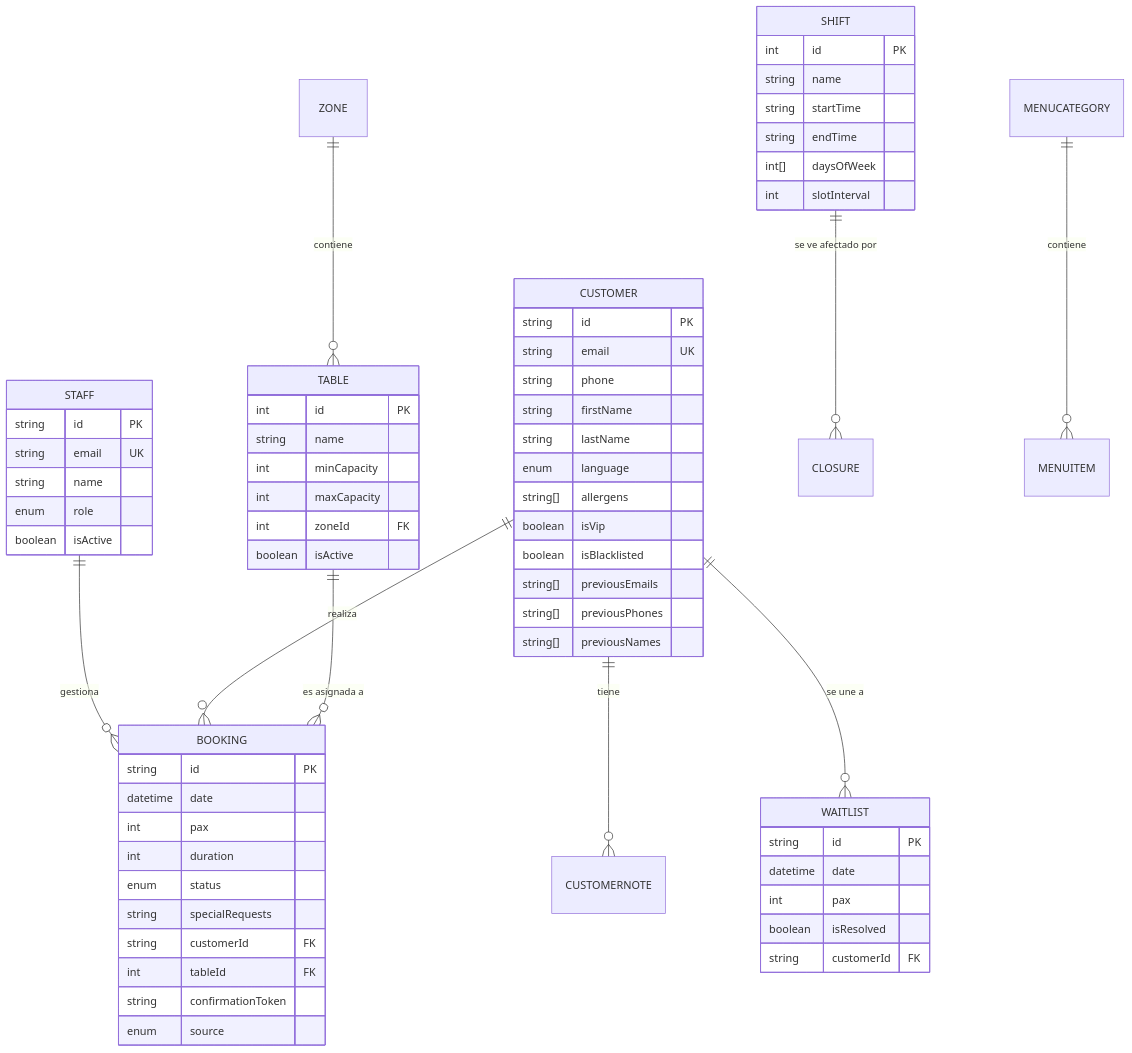
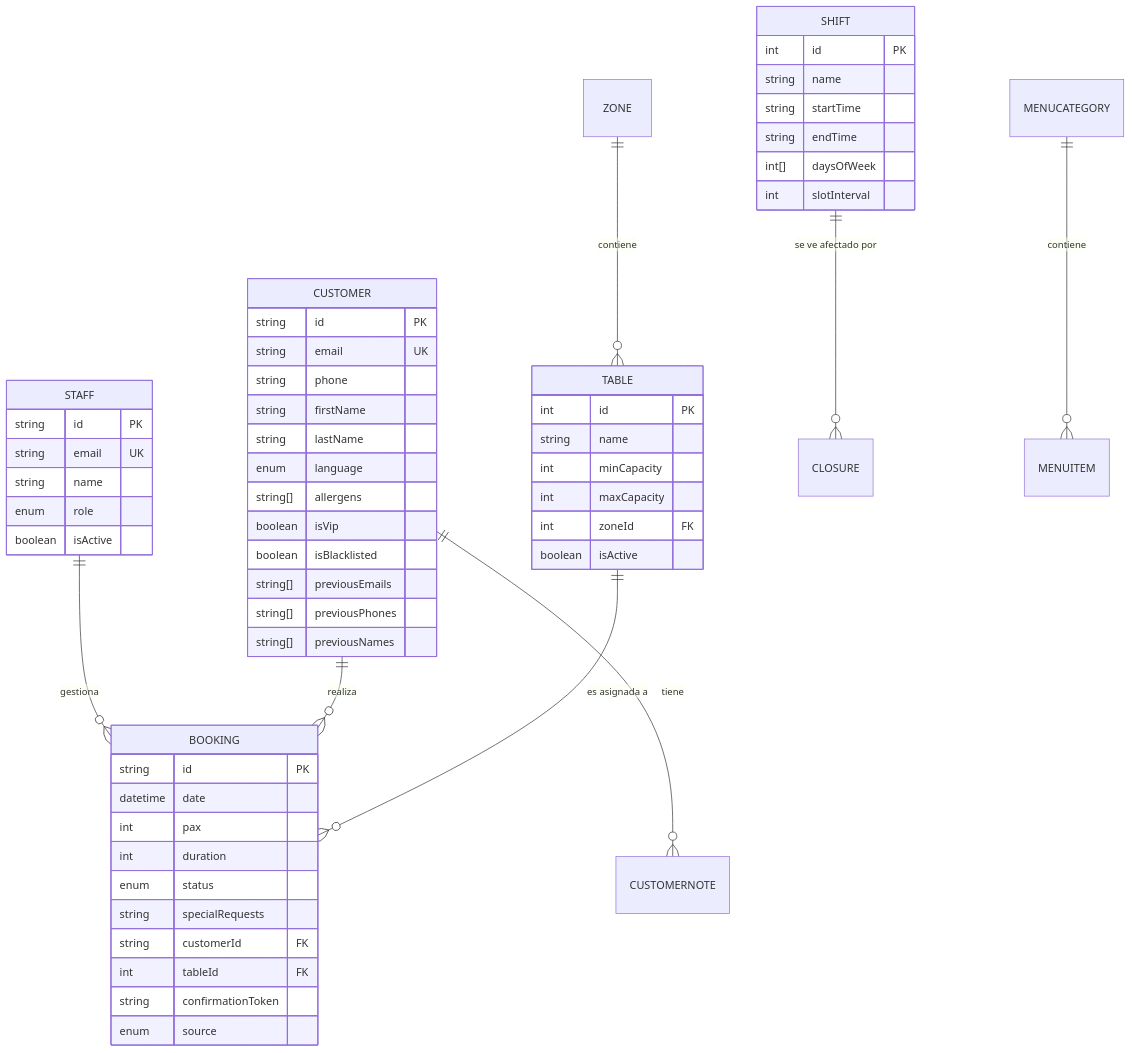
The diagram in docs/TFG_REPORT.md (alejandromolina-aircury/TFG), drawn with Mermaid before and after one commit. The commit also changed other lines of this file and 1 other file, not shown here.

Commit message:
docs: update report and features to match current implementation

````diff
--- a/docs/TFG_REPORT.md
+++ b/docs/TFG_REPORT.md
@@ -72,73 +70,65 @@
 ```mermaid
 erDiagram
     STAFF ||--o{ BOOKING : "gestiona"
     CUSTOMER ||--o{ BOOKING : "realiza"
     CUSTOMER ||--o{ CUSTOMERNOTE : "tiene"
-    CUSTOMER ||--o{ WAITLIST : "se une a"
     ZONE ||--o{ TABLE : "contiene"
     TABLE ||--o{ BOOKING : "es asignada a"
     SHIFT ||--o{ CLOSURE : "se ve afectado por"
     MENUCATEGORY ||--o{ MENUITEM : "contiene"
 
     CUSTOMER {
         string id PK
         string email UK
         string phone
         string firstName
         string lastName
         enum language
         string[] allergens
         boolean isVip
         boolean isBlacklisted
         string[] previousEmails
         string[] previousPhones
         string[] previousNames
     }
 
     BOOKING {
         string id PK
         datetime date
         int pax
         int duration
         enum status
         string specialRequests
         string customerId FK
         int tableId FK
         string confirmationToken
         enum source
     }
 
     TABLE {
         int id PK
         string name
         int minCapacity
         int maxCapacity
         int zoneId FK
         boolean isActive
     }
 
     SHIFT {
         int id PK
         string name
         string startTime
         string endTime
         int[] daysOfWeek
         int slotInterval
     }
 
     STAFF {
         string id PK
         string email UK
         string name
         enum role
         boolean isActive
     }
 
-    WAITLIST {
-        string id PK
-        datetime date
-        int pax
-        boolean isResolved
-        string customerId FK
-    }
 ```
````
